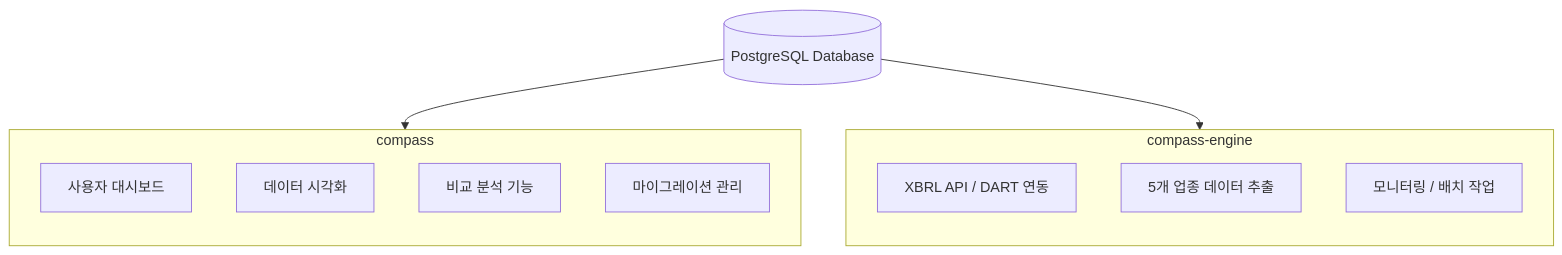
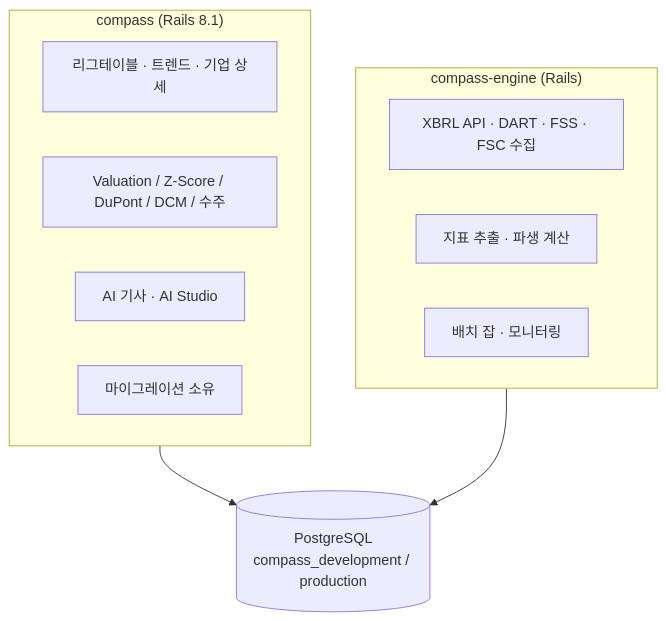
The first of 4 diagrams in compass/database-schema.md (fntimes/docs), drawn with Mermaid before and after one commit. The commit also changed other lines of this file and 1 other file, not shown here.

First line of the commit message:
docs: Compass DB 문서 전면 개정 (19→33개 테이블, 스키마 2026_07_08 기준)

````diff
--- a/compass/database-schema.md
+++ b/compass/database-schema.md
@@ -35,19 +56,17 @@
 ```mermaid
 flowchart TB
-    DB[(PostgreSQL Database)]
-    subgraph compass[compass]
-        direction TB
-        c1[사용자 대시보드]
-        c2[데이터 시각화]
-        c3[비교 분석 기능]
-        c4[마이그레이션 관리]
+    DB[(PostgreSQL<br/>compass_development / production)]
+    subgraph compass["compass (Rails 8.1)"]
+        c1[리그테이블 · 트렌드 · 기업 상세]
+        c2[Valuation / Z-Score / DuPont / DCM / 수주]
+        c3[AI 기사 · AI Studio]
+        c4[마이그레이션 소유]
     end
-    subgraph extractor[compass-engine]
-        direction TB
-        e1[XBRL API / DART 연동]
-        e2[5개 업종 데이터 추출]
-        e3[모니터링 / 배치 작업]
+    subgraph engine["compass-engine (Rails)"]
+        e1[XBRL API · DART · FSS · FSC 수집]
+        e2[지표 추출 · 파생 계산]
+        e3[배치 잡 · 모니터링]
     end
-    DB --> compass
-    DB --> extractor
+    compass --> DB
+    engine --> DB
 ```
````
